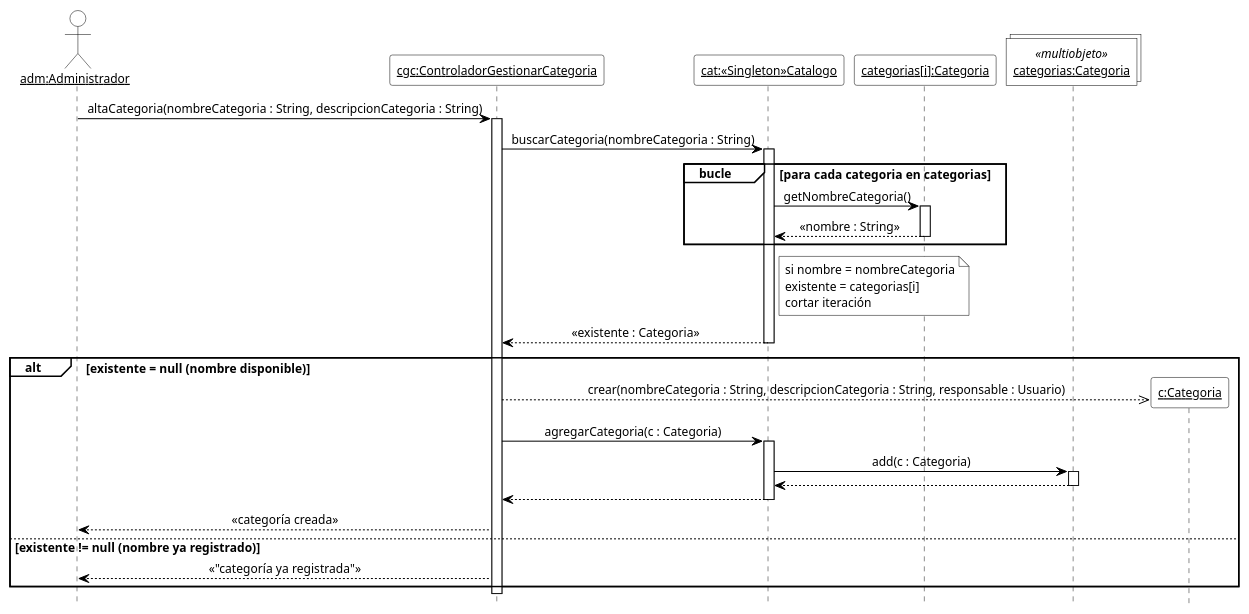
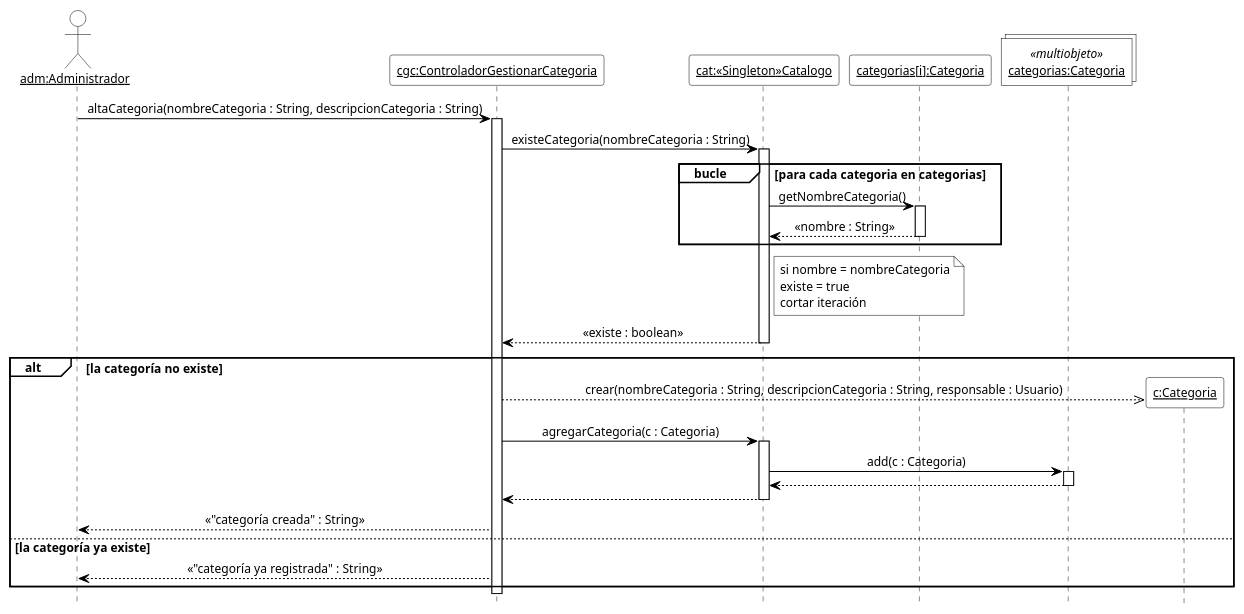
One commit to cirotop/Stock-Project changed the fifth of 18 diagrams in 08-Diagrama De Secuencia/Diagramas_de_Secuencia.md. Above: the diagram before and after it, drawn with PlantUML. The commit also changed other lines of this file and 22 other files, not shown here.

````diff
--- a/08-Diagrama De Secuencia/Diagramas_de_Secuencia.md
+++ b/08-Diagrama De Secuencia/Diagramas_de_Secuencia.md
@@ -313,57 +312,57 @@
 ```plantuml
 @startuml DSD_CU-03_altaCategoria
 ' Diagrama de Secuencia de Diseño (DSD) - CU-03 Gestionar categoría - altaCategoria
 ' Estilo de los ejemplos de la teoría (introducirArticulo / crearNuevaVenta).
 hide footbox
 skinparam shadowing false
 skinparam defaultFontName Arial
 skinparam defaultFontSize 12
 skinparam sequenceMessageAlign center
 skinparam ArrowColor black
 skinparam ParticipantBackgroundColor white
 skinparam ParticipantBorderColor black
 skinparam CollectionsBackgroundColor white
 skinparam CollectionsBorderColor black
 skinparam ActorBackgroundColor white
 skinparam ActorBorderColor black
 skinparam LifeLineBorderColor black
 skinparam LifeLineBackgroundColor white
 skinparam SequenceGroupBackgroundColor white
 skinparam SequenceGroupBorderColor black
 skinparam SequenceGroupHeaderFontColor black
 skinparam NoteBackgroundColor white
 skinparam NoteBorderColor black
 
 actor "<u>adm:Administrador</u>" as adm
 participant "<u>cgc:ControladorGestionarCategoria</u>" as cgc
 participant "<u>cat:«Singleton»Catalogo</u>" as cat
-participant "<u>categorias[i]:Categoria</u>" as ci
+participant "<u>categorias[i]:Categoria</u>" as ki
 collections "<u>categorias:Categoria</u>" as mc <<multiobjeto>>
 
 adm -> cgc ++ : altaCategoria(nombreCategoria : String, descripcionCategoria : String)
-cgc -> cat ++ : buscarCategoria(nombreCategoria : String)
+cgc -> cat ++ : existeCategoria(nombreCategoria : String)
 group bucle [para cada categoria en categorias]
-  cat -> ci ++ : getNombreCategoria()
-  ci --> cat -- : «nombre : String»
+  cat -> ki ++ : getNombreCategoria()
+  ki --> cat -- : «nombre : String»
 end
 note right of cat
   si nombre = nombreCategoria
-  existente = categorias[i]
+  existe = true
   cortar iteración
 end note
-cat --> cgc -- : «existente : Categoria»
-alt existente = null (nombre disponible)
+cat --> cgc -- : «existe : boolean»
+alt la categoría no existe
   create participant "<u>c:Categoria</u>" as c
   cgc -->> c : crear(nombreCategoria : String, descripcionCategoria : String, responsable : Usuario)
   cgc -> cat ++ : agregarCategoria(c : Categoria)
   cat -> mc ++ : add(c : Categoria)
   mc --> cat --
   cat --> cgc --
-  cgc --> adm : «categoría creada»
-else existente != null (nombre ya registrado)
-  cgc --> adm : «"categoría ya registrada"»
+  cgc --> adm : «"categoría creada" : String»
+else la categoría ya existe
+  cgc --> adm : «"categoría ya registrada" : String»
 end
 deactivate cgc
 
 @enduml
 ```
````
